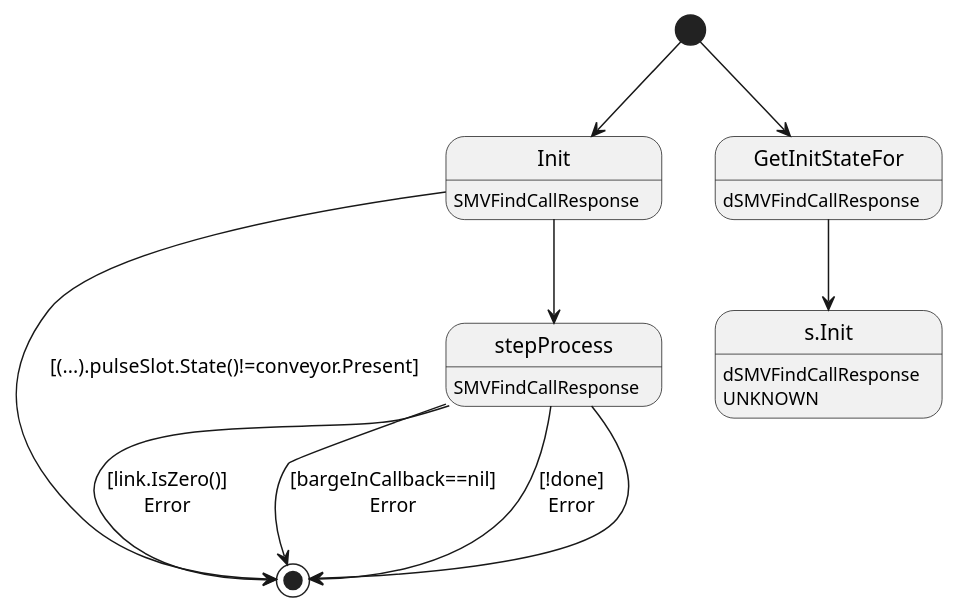
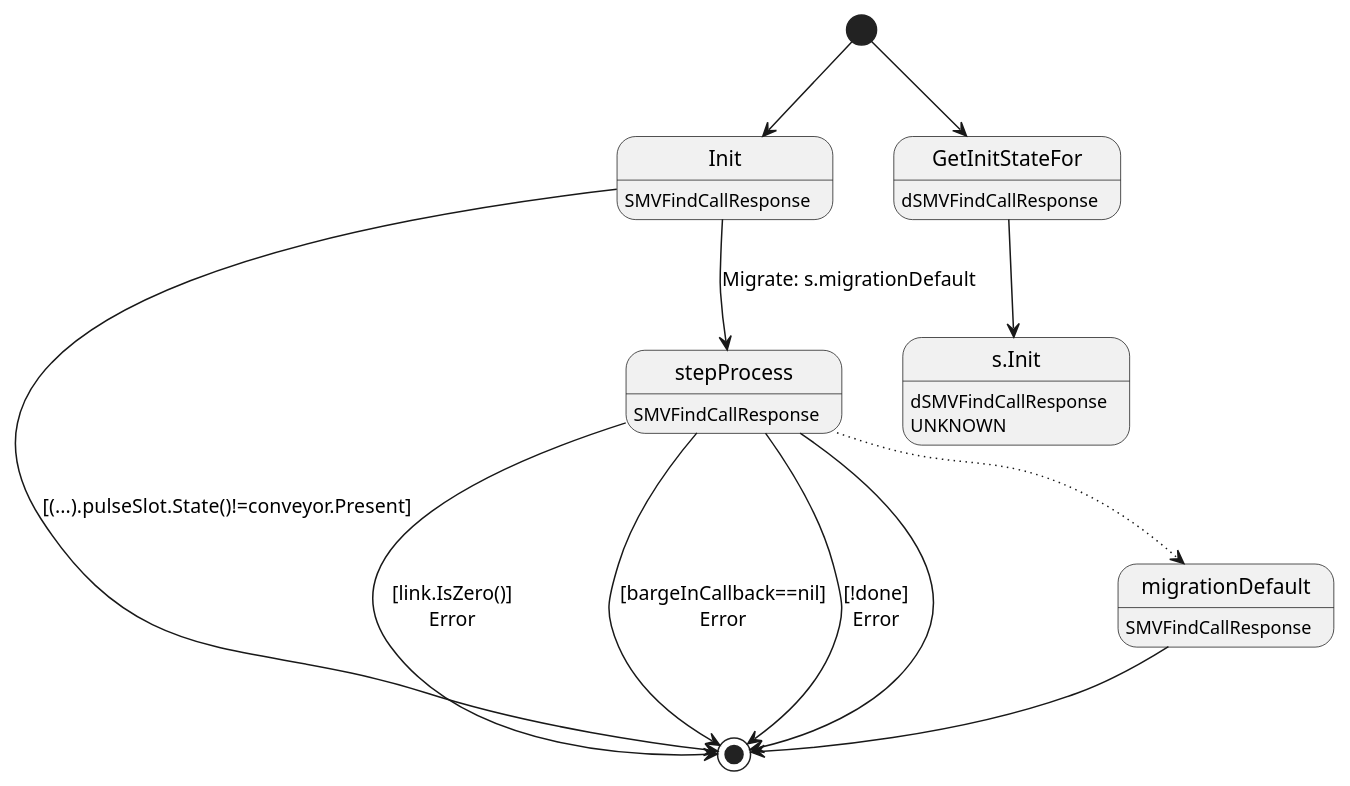
Before and after one commit to insolar/assured-ledger: the diagram in ledger-core/virtual/handlers/vfindcallresponse.plantuml, drawn with PlantUML. The commit also changed 7 other files, not shown here.

```diff
--- a/ledger-core/virtual/handlers/vfindcallresponse.plantuml
+++ b/ledger-core/virtual/handlers/vfindcallresponse.plantuml
@@ -1,20 +1,24 @@
 @startuml
 state "Init" as T01_S001
 T01_S001 : SMVFindCallResponse
 [*] --> T01_S001
 T01_S001 --> [*] : [(...).pulseSlot.State()!=conveyor.Present]
-T01_S001 --> T01_S002
-state "stepProcess" as T01_S002
+T01_S001 --> T01_S003 : Migrate: s.migrationDefault
+state "migrationDefault" as T01_S002
 T01_S002 : SMVFindCallResponse
-T01_S002 --> [*] : [link.IsZero()]\nError
-T01_S002 --> [*] : [bargeInCallback==nil]\nError
-T01_S002 --> [*] : [!done]\nError
 T01_S002 --> [*]
+state "stepProcess" as T01_S003
+T01_S003 : SMVFindCallResponse
+T01_S003 --[dotted]> T01_S002
+T01_S003 --> [*] : [link.IsZero()]\nError
+T01_S003 --> [*] : [bargeInCallback==nil]\nError
+T01_S003 --> [*] : [!done]\nError
+T01_S003 --> [*]
 state "GetInitStateFor" as T00_S001
 T00_S001 : dSMVFindCallResponse
 [*] --> T00_S001
 state "s.Init" as T00_U001
 T00_U001 : dSMVFindCallResponse
 T00_U001 : UNKNOWN 
 T00_S001 --> T00_U001
 @enduml
```
